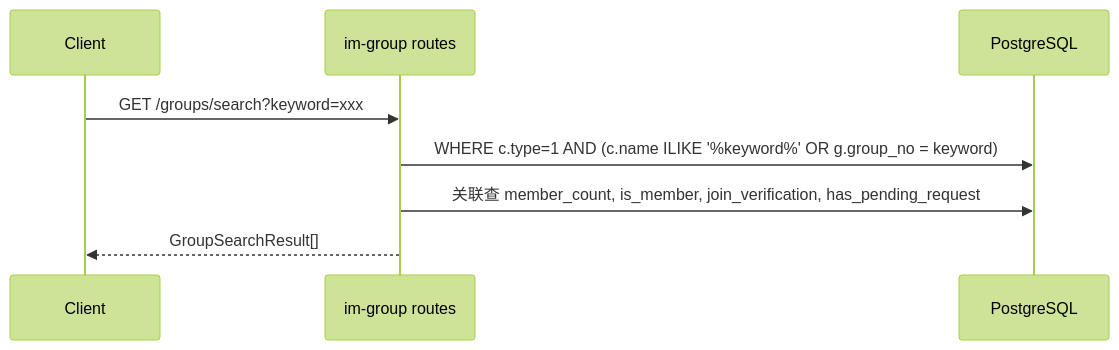
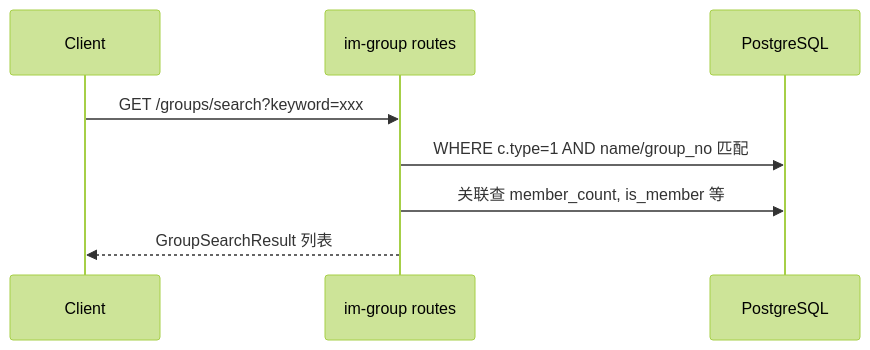
Before and after one commit to toly1994328/flash_im_by_ai: the third of 8 diagrams in docs/features/archiver/modules/group/server.md, drawn with Mermaid (forest theme). The commit also changed other lines of this file and 33 other files, not shown here.

Commit message:
feat(group): v0.15.0 归档 + 草稿优化 + MemberPickerPage下沉 + GROUP_INFO_UPDATE + popUntil + 打包脚本修复

````diff
--- a/docs/features/archiver/modules/group/server.md
+++ b/docs/features/archiver/modules/group/server.md
@@ -93,11 +111,11 @@
 ```mermaid
 sequenceDiagram
     participant C as Client
     participant API as im-group routes
     participant DB as PostgreSQL
 
     C->>API: GET /groups/search?keyword=xxx
-    API->>DB: WHERE c.type=1 AND (c.name ILIKE '%keyword%' OR g.group_no = keyword)
-    API->>DB: 关联查 member_count, is_member, join_verification, has_pending_request
-    API-->>C: GroupSearchResult[]
+    API->>DB: WHERE c.type=1 AND name/group_no 匹配
+    API->>DB: 关联查 member_count, is_member 等
+    API-->>C: GroupSearchResult 列表
 ```
````
